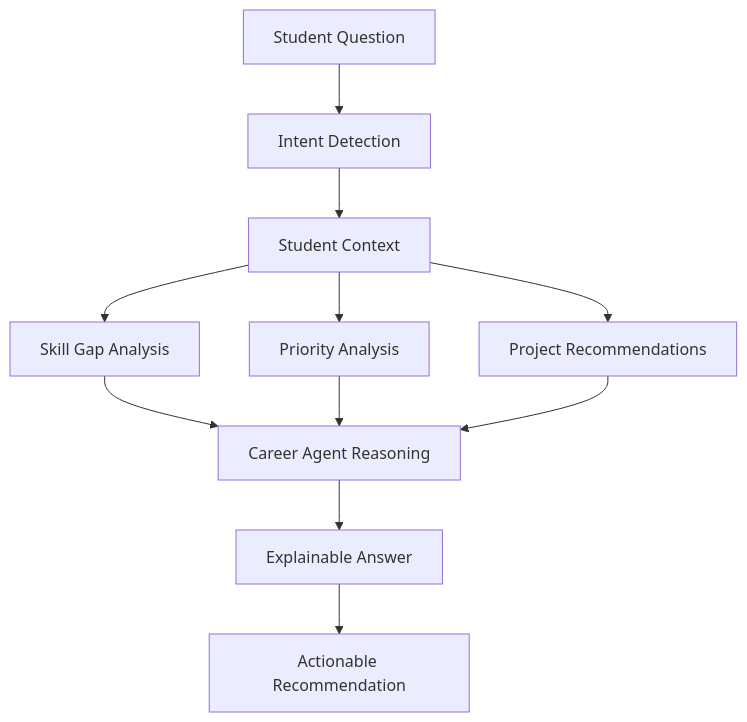
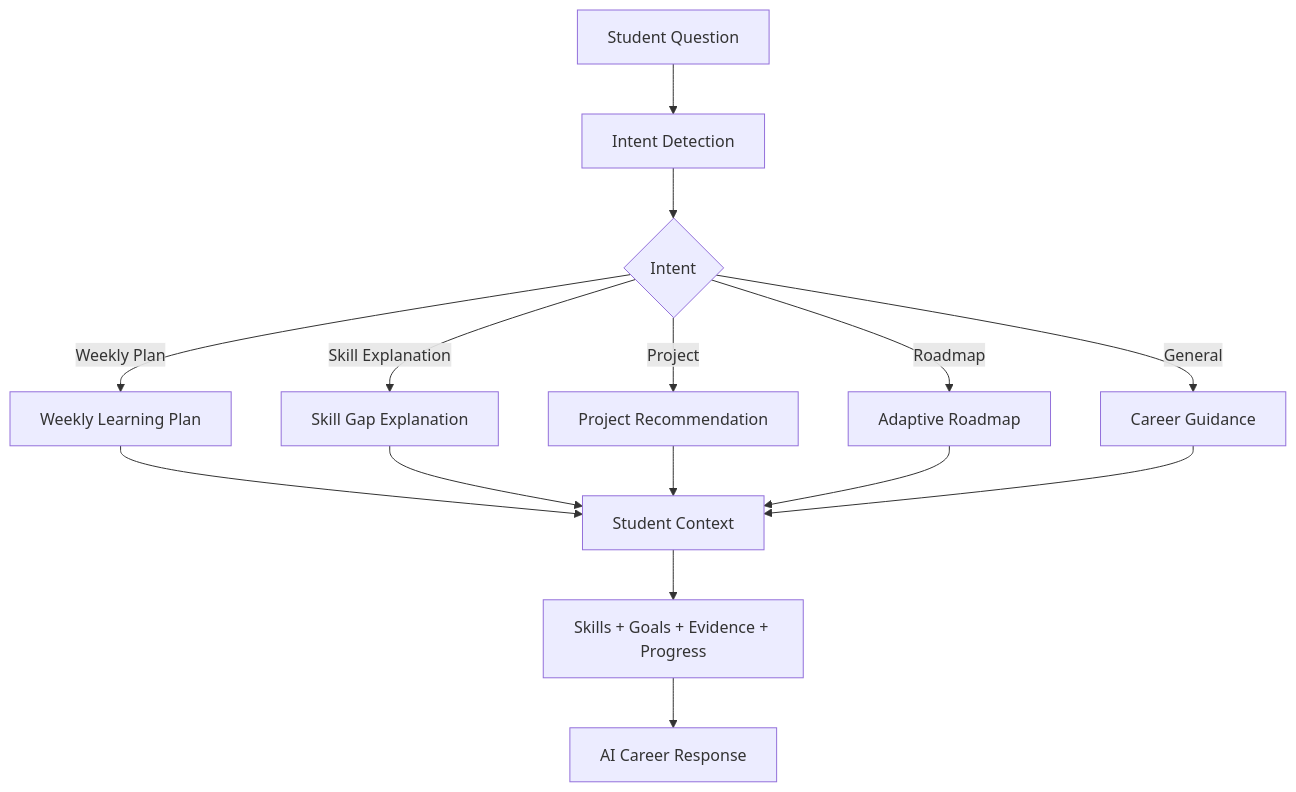
Before and after one commit to itsdivyanshuno/gaply-bnb-2026: the third of 7 diagrams in README.md, drawn with Mermaid. The commit also changed other lines of this file, not shown here.

````diff
--- a/README.md
+++ b/README.md
@@ -159,13 +193,21 @@
 ```mermaid
 flowchart TD
-    A["Student Question"] --> B["Intent Detection"]
-    B --> C["Student Context"]
-    C --> D["Skill Gap Analysis"]
-    C --> E["Priority Analysis"]
-    C --> F["Project Recommendations"]
-    D --> G["Career Agent Reasoning"]
-    E --> G
-    F --> G
-    G --> H["Explainable Answer"]
-    H --> I["Actionable Recommendation"]
+    A[Student Question] --> B[Intent Detection]
+
+    B --> C{Intent}
+
+    C -->|Weekly Plan| D[Weekly Learning Plan]
+    C -->|Skill Explanation| E[Skill Gap Explanation]
+    C -->|Project| F[Project Recommendation]
+    C -->|Roadmap| G[Adaptive Roadmap]
+    C -->|General| H[Career Guidance]
+
+    D --> I[Student Context]
+    E --> I
+    F --> I
+    G --> I
+    H --> I
+
+    I --> J[Skills + Goals + Evidence + Progress]
+    J --> K[AI Career Response]
 ```
````
